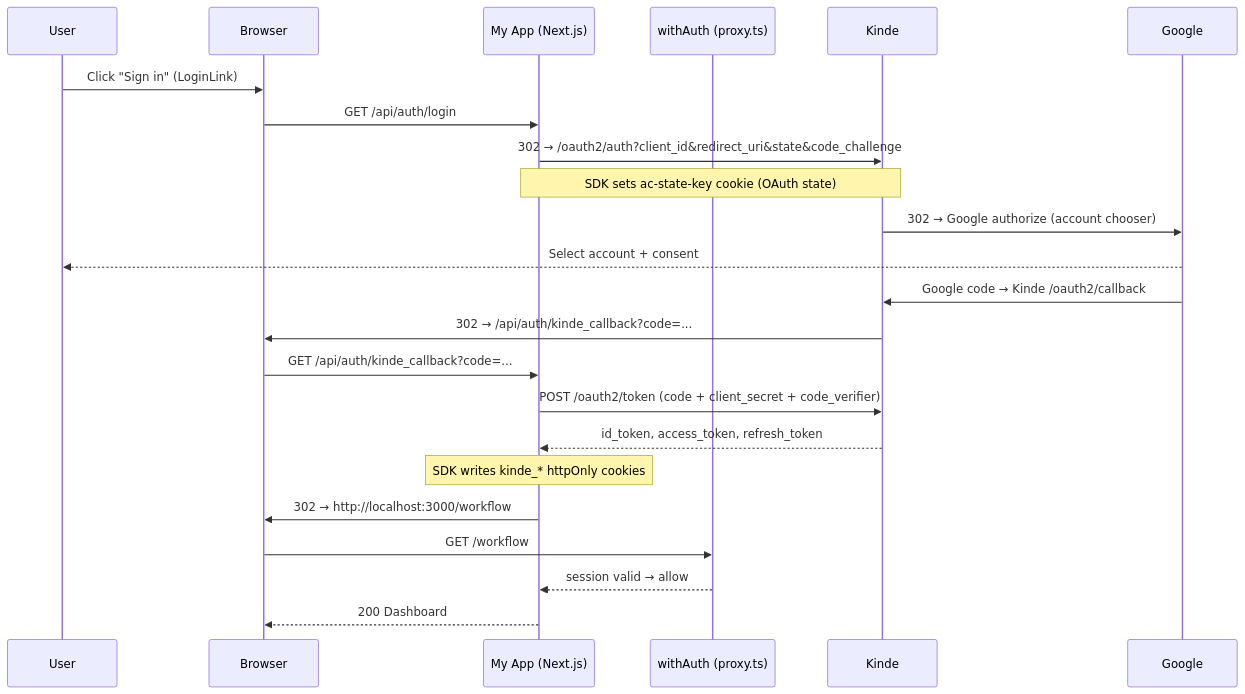
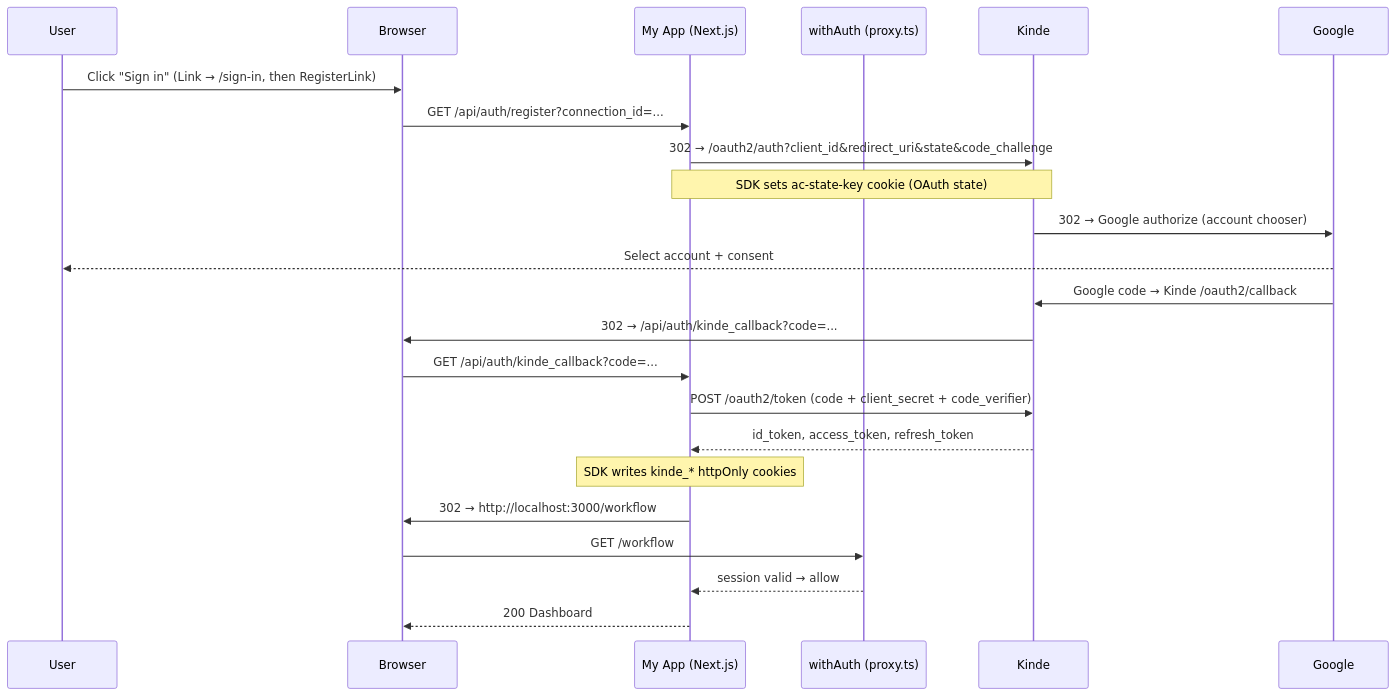
Before and after one commit to Nayyelin-14/workflow-mcp: the first of 4 diagrams in KINDEDOCS.md, drawn with Mermaid. The commit also changed other lines of this file and 9 other files, not shown here.

````diff
--- a/KINDEDOCS.md
+++ b/KINDEDOCS.md
@@ -540,26 +552,26 @@
 ```mermaid
 sequenceDiagram
     participant U as User
     participant B as Browser
     participant A as My App (Next.js)
     participant M as withAuth (proxy.ts)
     participant K as Kinde
     participant G as Google
 
-    U->>B: Click "Sign in" (LoginLink)
-    B->>A: GET /api/auth/login
+    U->>B: Click "Sign in" (Link → /sign-in, then RegisterLink)
+    B->>A: GET /api/auth/register?connection_id=...
     A->>K: 302 → /oauth2/auth?client_id&redirect_uri&state&code_challenge
     Note over A,K: SDK sets ac-state-key cookie (OAuth state)
     K->>G: 302 → Google authorize (account chooser)
     G-->>U: Select account + consent
     G->>K: Google code → Kinde /oauth2/callback
     K->>B: 302 → /api/auth/kinde_callback?code=...
     B->>A: GET /api/auth/kinde_callback?code=...
     A->>K: POST /oauth2/token (code + client_secret + code_verifier)
     K-->>A: id_token, access_token, refresh_token
     Note over A: SDK writes kinde_* httpOnly cookies
     A->>B: 302 → http://localhost:3000/workflow
     B->>M: GET /workflow
     M-->>A: session valid → allow
     A-->>B: 200 Dashboard
 ```
````
